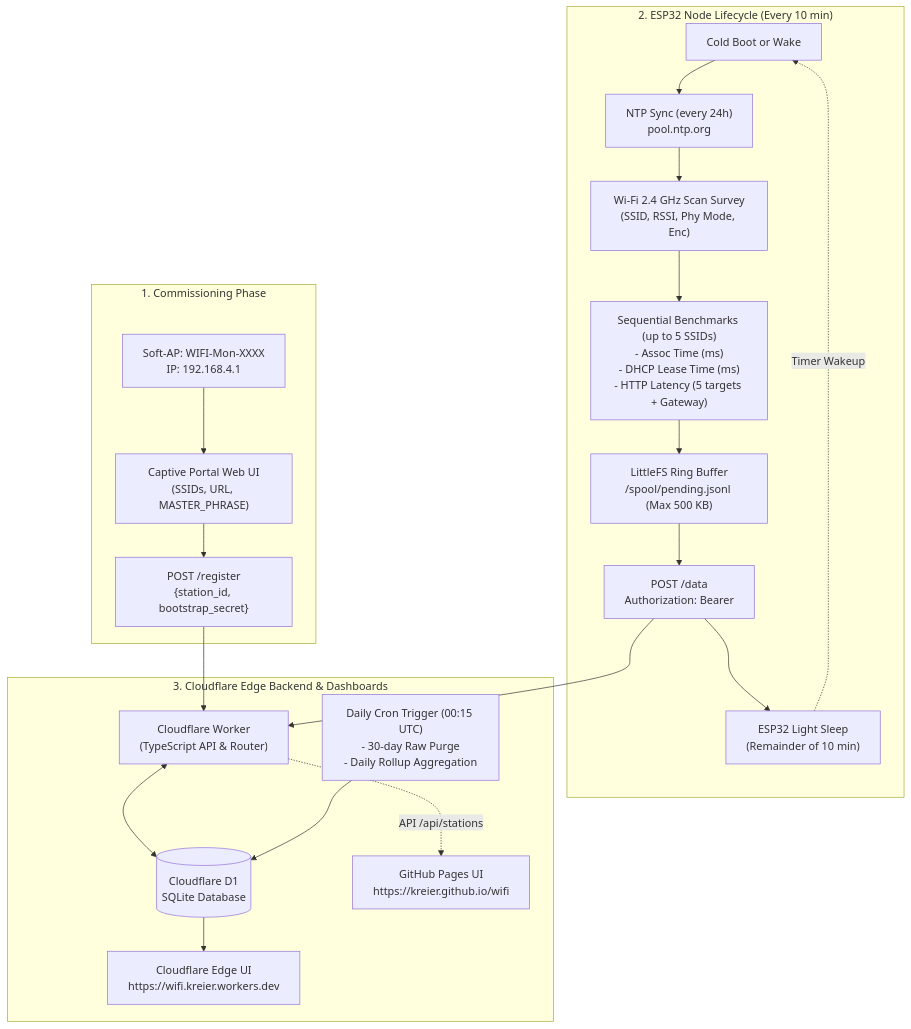
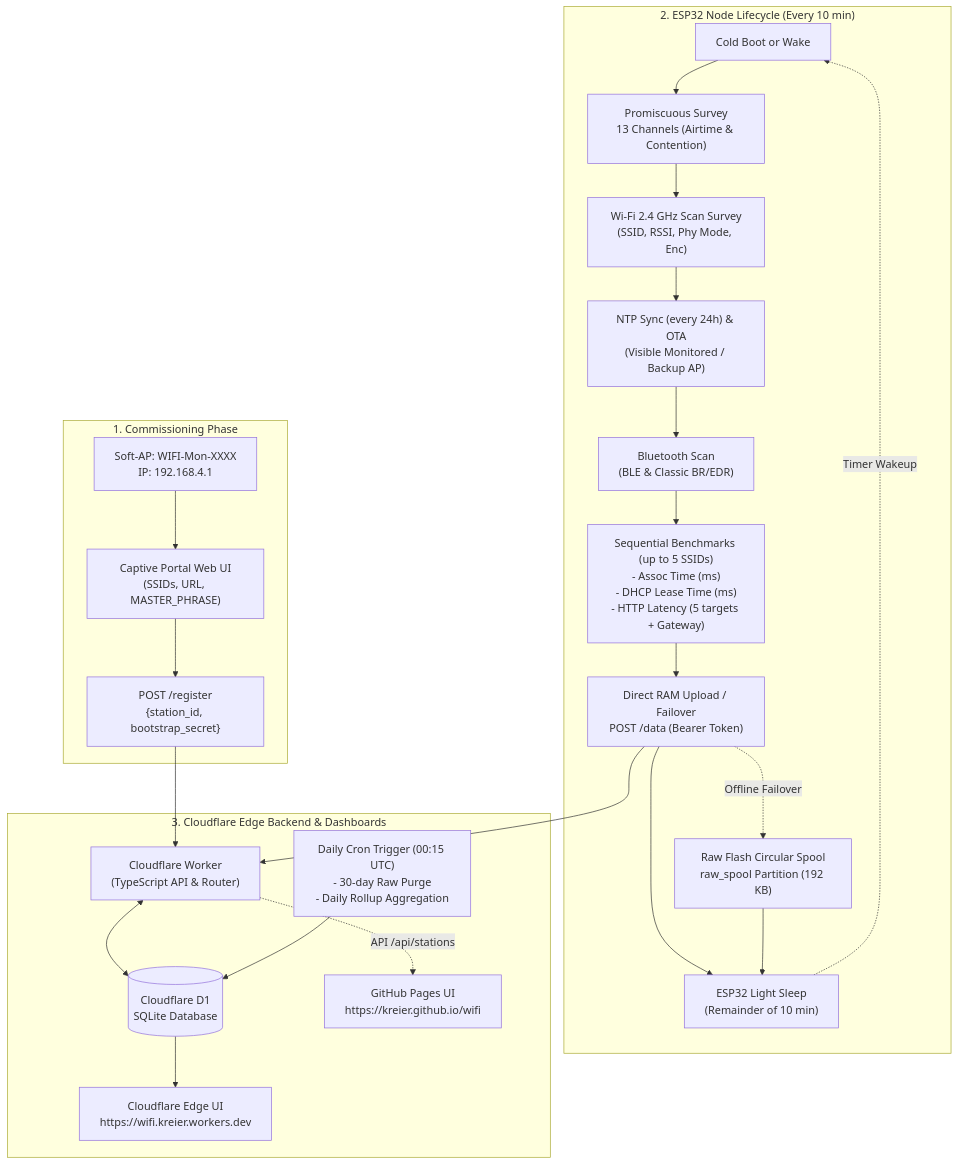
One commit to flynn0/T18 changed the diagram in README.md. Above: the diagram before and after it, drawn with Mermaid. The commit also changed other lines of this file and 2 other files, not shown here.

Commit message:
feat(firmware): scan-aware NTP sync with backup AP failover and docs cleanup

````diff
--- a/README.md
+++ b/README.md
@@ -52,37 +52,42 @@
 ```mermaid
 flowchart TD
     subgraph Commissioning ["1. Commissioning Phase"]
         AP["Soft-AP: WIFI-Mon-XXXX<br/>IP: 192.168.4.1"]
         Portal["Captive Portal Web UI<br/>(SSIDs, URL, MASTER_PHRASE)"]
         Reg["POST /register<br/>{station_id, bootstrap_secret}"]
         AP --> Portal --> Reg
     end
 
     subgraph ESP32 ["2. ESP32 Node Lifecycle (Every 10 min)"]
         Boot["Cold Boot or Wake"]
-        NTP["NTP Sync (every 24h)<br/>pool.ntp.org"]
+        Chan["Promiscuous Survey<br/>13 Channels (Airtime & Contention)"]
         Scan["Wi-Fi 2.4 GHz Scan Survey<br/>(SSID, RSSI, Phy Mode, Enc)"]
+        NTP["NTP Sync (every 24h) & OTA<br/>(Visible Monitored / Backup AP)"]
+        BT["Bluetooth Scan<br/>(BLE & Classic BR/EDR)"]
         Bench["Sequential Benchmarks (up to 5 SSIDs)<br/>- Assoc Time (ms)<br/>- DHCP Lease Time (ms)<br/>- HTTP Latency (5 targets + Gateway)"]
-        Spool["LittleFS Ring Buffer<br/>/spool/pending.jsonl (Max 500 KB)"]
-        Upload["POST /data<br/>Authorization: Bearer <device_token>"]
+        Upload["Direct RAM Upload / Failover<br/>POST /data (Bearer Token)"]
+        Spool["Raw Flash Circular Spool<br/>raw_spool Partition (192 KB)"]
         Sleep["ESP32 Light Sleep<br/>(Remainder of 10 min)"]
 
-        Boot --> NTP --> Scan --> Bench --> Spool --> Upload --> Sleep
+        Boot --> Chan --> Scan --> NTP --> BT --> Bench --> Upload
+        Upload -.->|Offline Failover| Spool
+        Upload --> Sleep
+        Spool --> Sleep
         Sleep -.->|Timer Wakeup| Boot
     end
 
     subgraph Backend ["3. Cloudflare Edge Backend & Dashboards"]
         Worker["Cloudflare Worker<br/>(TypeScript API & Router)"]
         D1[("Cloudflare D1<br/>SQLite Database")]
         Cron["Daily Cron Trigger (00:15 UTC)<br/>- 30-day Raw Purge<br/>- Daily Rollup Aggregation"]
         CFUI["Cloudflare Edge UI<br/>https://wifi.kreier.workers.dev"]
         GHUI["GitHub Pages UI<br/>https://kreier.github.io/wifi"]
 
         Reg --> Worker
         Upload --> Worker
         Worker <--> D1
         Cron --> D1
         D1 --> CFUI
         Worker -.->|API /api/stations| GHUI
     end
 ```
````
